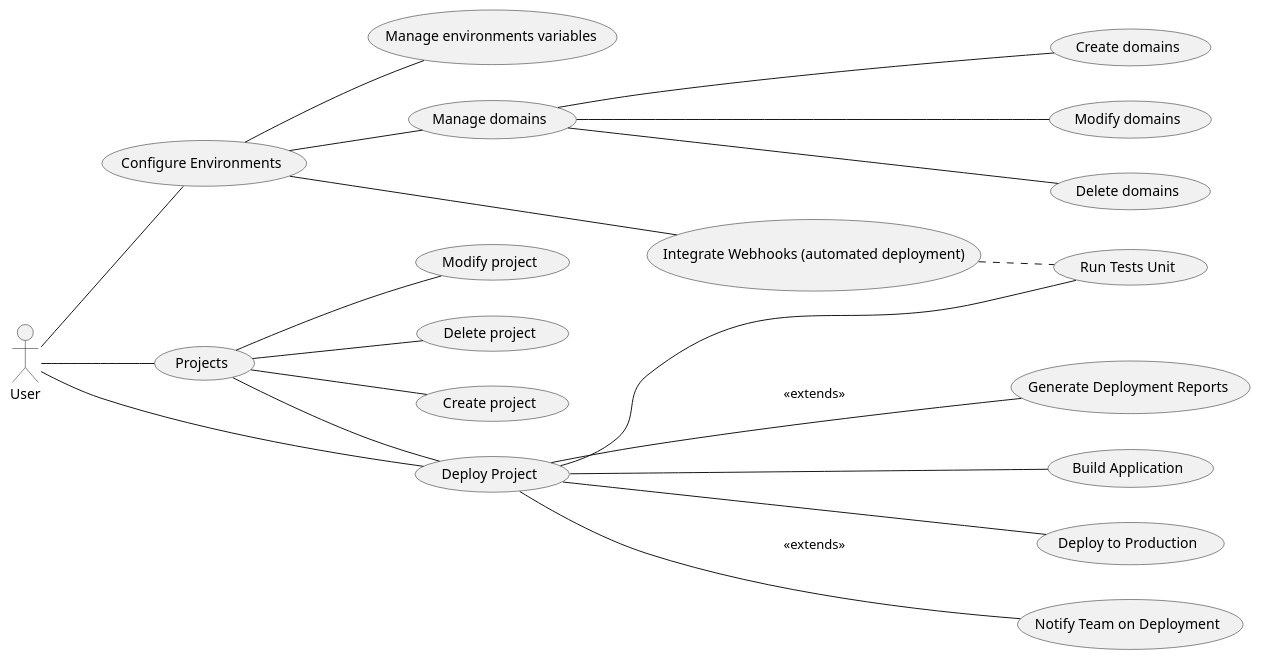
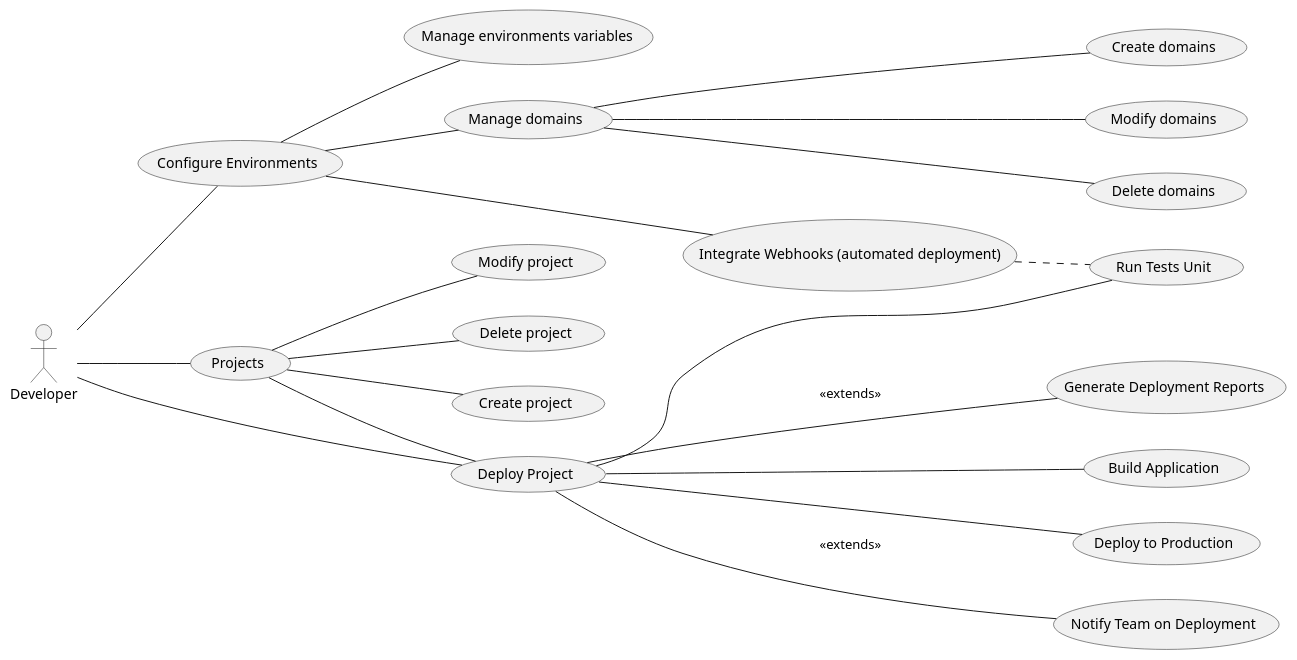
One commit to Cyclops789/solicode-project-file-rouge changed the diagram in Analyse/use-case-diagram.plantuml. Above: the diagram before and after it, drawn with PlantUML.

```diff
--- a/Analyse/use-case-diagram.plantuml
+++ b/Analyse/use-case-diagram.plantuml
@@ -1,57 +1,57 @@
 @startuml "Deployment app"
 
 left to right direction
 
-actor "User" as User
+actor "Developer" as User
 
 usecase "Deploy Project" as Deploy
 usecase "Projects" as Projects
 
 usecase "Configure Environments" as Configuration
 
 usecase "Run Tests Unit" as TestsUnit
 usecase "Build Application" as BuildApplication
 usecase "Deploy to Production" as DeployProduction
 
 usecase "Create project" as CreateProject
 usecase "Modify project" as ModifyProject
 usecase "Delete project" as DeleteProject
 
 usecase "Create domains" as CreateDomain
 usecase "Modify domains" as ModifyDomain
 usecase "Delete domains" as DeleteDomain
 
 usecase "Manage environments variables" as ManageEnvVariables
 usecase "Manage domains" as ManageDomains
 usecase "Integrate Webhooks (automated deployment)" as IntegrateWebHooks
 usecase "Notify Team on Deployment" as NotifyTeam
 usecase "Generate Deployment Reports" as DeploymentReports
 
 User -- Deploy
 User -- Configuration
 User -- Projects
 
 Projects -- Deploy
 
 Projects -- CreateProject
 Projects -- ModifyProject
 Projects -- DeleteProject
 
 Configuration -- ManageEnvVariables
 Configuration -- ManageDomains
 Configuration -- IntegrateWebHooks
 
 ManageDomains -- CreateDomain
 ManageDomains -- ModifyDomain
 ManageDomains -- DeleteDomain
 
 IntegrateWebHooks . TestsUnit
 
 Deploy -- TestsUnit
 Deploy -- BuildApplication
 Deploy -- DeployProduction
 
 Deploy -- DeploymentReports : <<extends>>
 Deploy -- NotifyTeam : <<extends>>
 
 @enduml
```
